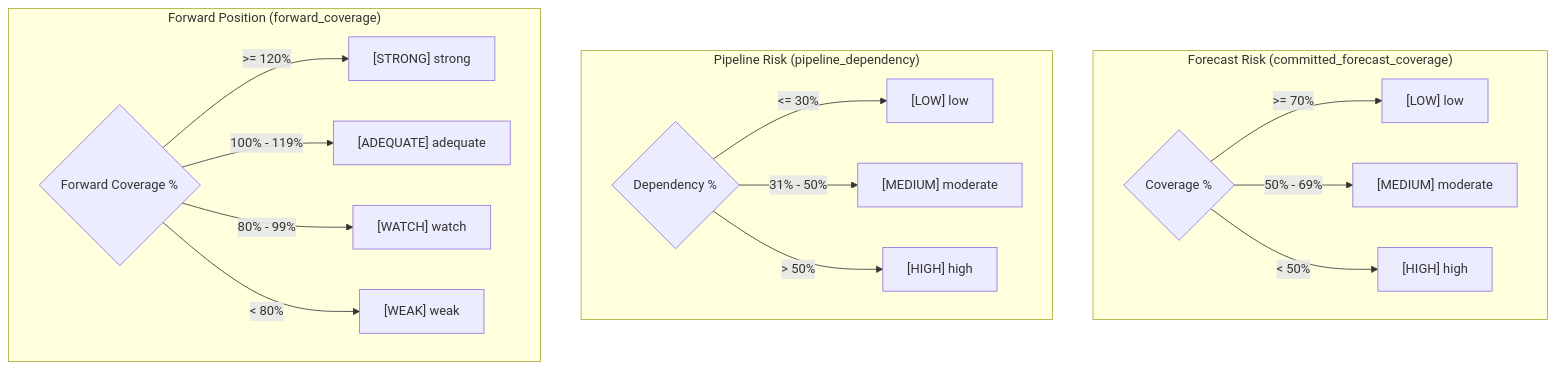
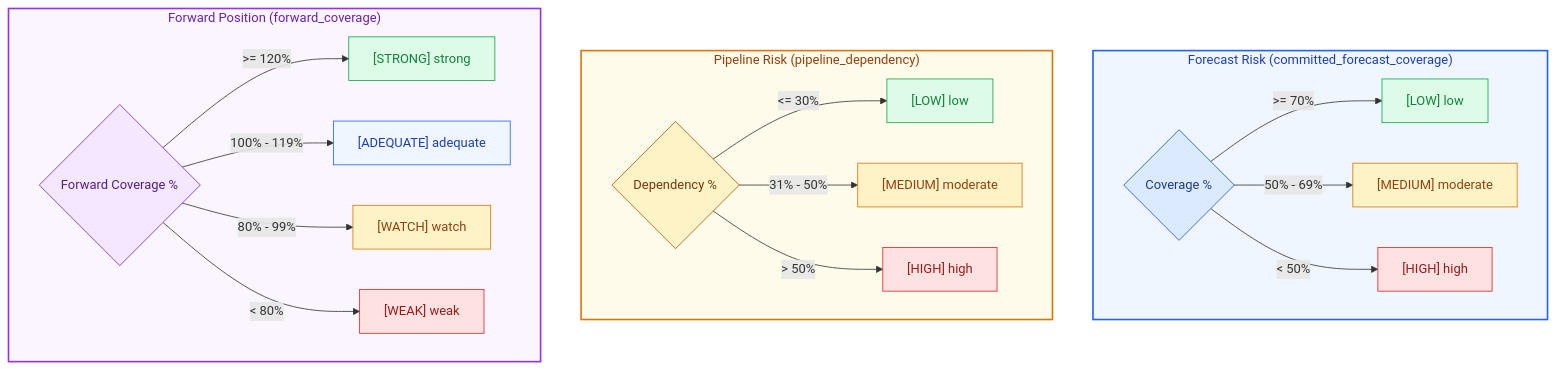
Before and after one commit to VED-VIVEK-TALMALEY/x-fin: the second of 2 diagrams in docs/INTELLIGENCE.md, drawn with Mermaid. The commit also changed other lines of this file and 6 other files, not shown here.

````diff
--- a/docs/INTELLIGENCE.md
+++ b/docs/INTELLIGENCE.md
@@ -65,24 +85,44 @@
 ```mermaid
 graph TD
     subgraph FC["Forecast Risk (committed_forecast_coverage)"]
         FC1{"Coverage %"}
         FC1 -->|">= 70%"| FC_L["[LOW] low"]
         FC1 -->|"50% - 69%"| FC_M["[MEDIUM] moderate"]
         FC1 -->|"< 50%"| FC_H["[HIGH] high"]
     end
 
     subgraph PR["Pipeline Risk (pipeline_dependency)"]
         PR1{"Dependency %"}
         PR1 -->|"<= 30%"| PR_L["[LOW] low"]
         PR1 -->|"31% - 50%"| PR_M["[MEDIUM] moderate"]
         PR1 -->|"> 50%"| PR_H["[HIGH] high"]
     end
 
     subgraph FP["Forward Position (forward_coverage)"]
         FP1{"Forward Coverage %"}
         FP1 -->|">= 120%"| FP_S["[STRONG] strong"]
         FP1 -->|"100% - 119%"| FP_A["[ADEQUATE] adequate"]
         FP1 -->|"80% - 99%"| FP_W["[WATCH] watch"]
         FP1 -->|"< 80%"| FP_WK["[WEAK] weak"]
     end
+
+    style FC fill:#EFF6FF,stroke:#2563EB,stroke-width:2px,color:#1E40AF
+    style PR fill:#FFFBEB,stroke:#D97706,stroke-width:2px,color:#92400E
+    style FP fill:#FAF5FF,stroke:#9333EA,stroke-width:2px,color:#6B21A8
+
+    style FC1 fill:#DBEAFE,stroke:#1D4ED8,stroke-width:1px,color:#1E3A8A
+    style FC_L fill:#DCFCE7,stroke:#16A34A,stroke-width:1px,color:#15803D
+    style FC_M fill:#FEF3C7,stroke:#D97706,stroke-width:1px,color:#92400E
+    style FC_H fill:#FEE2E2,stroke:#DC2626,stroke-width:1px,color:#991B1B
+
+    style PR1 fill:#FEF3C7,stroke:#B45309,stroke-width:1px,color:#78350F
+    style PR_L fill:#DCFCE7,stroke:#16A34A,stroke-width:1px,color:#15803D
+    style PR_M fill:#FEF3C7,stroke:#D97706,stroke-width:1px,color:#92400E
+    style PR_H fill:#FEE2E2,stroke:#DC2626,stroke-width:1px,color:#991B1B
+
+    style FP1 fill:#F3E8FF,stroke:#7E22CE,stroke-width:1px,color:#581C87
+    style FP_S fill:#DCFCE7,stroke:#16A34A,stroke-width:1px,color:#15803D
+    style FP_A fill:#EFF6FF,stroke:#2563EB,stroke-width:1px,color:#1E40AF
+    style FP_W fill:#FEF3C7,stroke:#D97706,stroke-width:1px,color:#92400E
+    style FP_WK fill:#FEE2E2,stroke:#DC2626,stroke-width:1px,color:#991B1B
 ```
````
